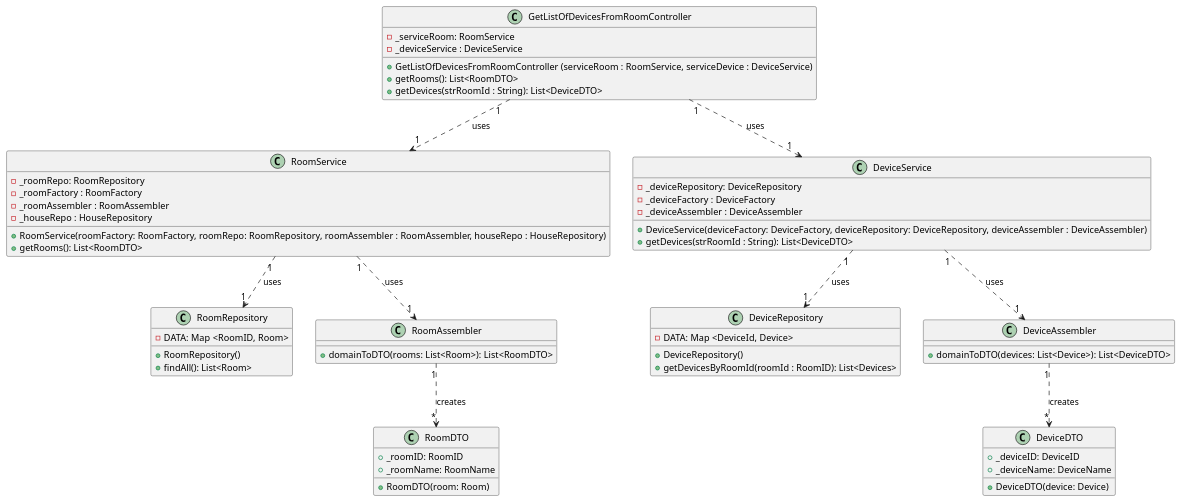
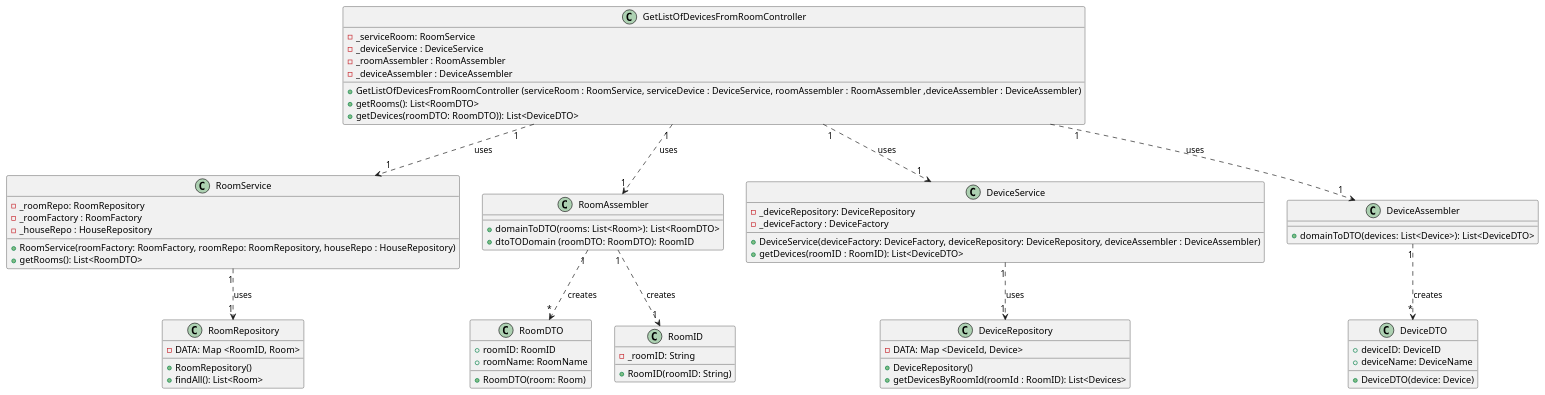
The diagram in docs/userStories/us06/artifacts/US06CD.puml (olivDiogo/SmartHome), drawn with PlantUML before and after one commit.

Commit message:
docs: refactor of CD of US006 #75

```diff
--- a/docs/userStories/us06/artifacts/US06CD.puml
+++ b/docs/userStories/us06/artifacts/US06CD.puml
@@ -1,89 +1,101 @@
 @startuml
 'https://plantuml.com/class-diagram
 
 class GetListOfDevicesFromRoomController{
 'Attributes'
 - _serviceRoom: RoomService
 - _deviceService : DeviceService
+- _roomAssembler : RoomAssembler
+- _deviceAssembler : DeviceAssembler
 'Methods'
-+GetListOfDevicesFromRoomController (serviceRoom : RoomService, serviceDevice : DeviceService)
++GetListOfDevicesFromRoomController (serviceRoom : RoomService, serviceDevice : DeviceService, roomAssembler : RoomAssembler ,deviceAssembler : DeviceAssembler)
 +getRooms(): List<RoomDTO>
-+getDevices(strRoomId : String): List<DeviceDTO>
++getDevices(roomDTO: RoomDTO)): List<DeviceDTO>
 }
 
 class RoomService{
 'Attributes'
 - _roomRepo: RoomRepository
 -_roomFactory : RoomFactory
-- _roomAssembler : RoomAssembler
 - _houseRepo : HouseRepository
 'Methods'
-+RoomService(roomFactory: RoomFactory, roomRepo: RoomRepository, roomAssembler : RoomAssembler, houseRepo : HouseRepository)
++RoomService(roomFactory: RoomFactory, roomRepo: RoomRepository, houseRepo : HouseRepository)
 +getRooms(): List<RoomDTO>
 }
 
 
 class RoomRepository{
 'Attributes'
 - DATA: Map <RoomID, Room>
 'Methods'
 +RoomRepository()
 +findAll(): List<Room>
 }
 
 class RoomAssembler{
 'Methods'
 +domainToDTO(rooms: List<Room>): List<RoomDTO>
++dtoTODomain (roomDTO: RoomDTO): RoomID
 }
 
 class RoomDTO{
 'Attributes'
-+_roomID: RoomID
-+_roomName: RoomName
++roomID: RoomID
++roomName: RoomName
 'Methods'
 +RoomDTO(room: Room)
+}
+
+class RoomID{
+'Attributes'
+- _roomID: String
+
+'Methods'
++RoomID(roomID: String)
 }
 
 class DeviceService{
 'Attributes'
 - _deviceRepository: DeviceRepository
 - _deviceFactory : DeviceFactory
-- _deviceAssembler : DeviceAssembler
+
 'Methods'
 +DeviceService(deviceFactory: DeviceFactory, deviceRepository: DeviceRepository, deviceAssembler : DeviceAssembler)
-+getDevices(strRoomId : String): List<DeviceDTO>
++getDevices(roomID : RoomID): List<DeviceDTO>
 }
 
 class DeviceRepository{
 'Attributes'
 - DATA: Map <DeviceId, Device>
 'Methods'
 +DeviceRepository()
 +getDevicesByRoomId(roomId : RoomID): List<Devices>
 }
 
 class DeviceAssembler {
 'Methods'
 +domainToDTO(devices: List<Device>): List<DeviceDTO>
 }
 
 class DeviceDTO{
 'Attributes'
-+_deviceID: DeviceID
-+_deviceName: DeviceName
++deviceID: DeviceID
++deviceName: DeviceName
 'Methods'
 +DeviceDTO(device: Device)
 }
 
 
 
 GetListOfDevicesFromRoomController "1" ..> "1" RoomService: uses
 RoomService "1" ..> "1" RoomRepository: uses
-RoomService "1" ..> "1" RoomAssembler: uses
+GetListOfDevicesFromRoomController "1" ..> "1" RoomAssembler: uses
 RoomAssembler "1" ..> "*" RoomDTO: creates
 
 GetListOfDevicesFromRoomController "1" ..> "1" DeviceService: uses
 DeviceService "1" ..> "1" DeviceRepository: uses
-DeviceService "1" ..> "1" DeviceAssembler: uses
+GetListOfDevicesFromRoomController "1" ..> "1" DeviceAssembler: uses
 DeviceAssembler "1" ..> "*" DeviceDTO: creates
+
+RoomAssembler "1" ..> "1" RoomID: creates
 @enduml
```
